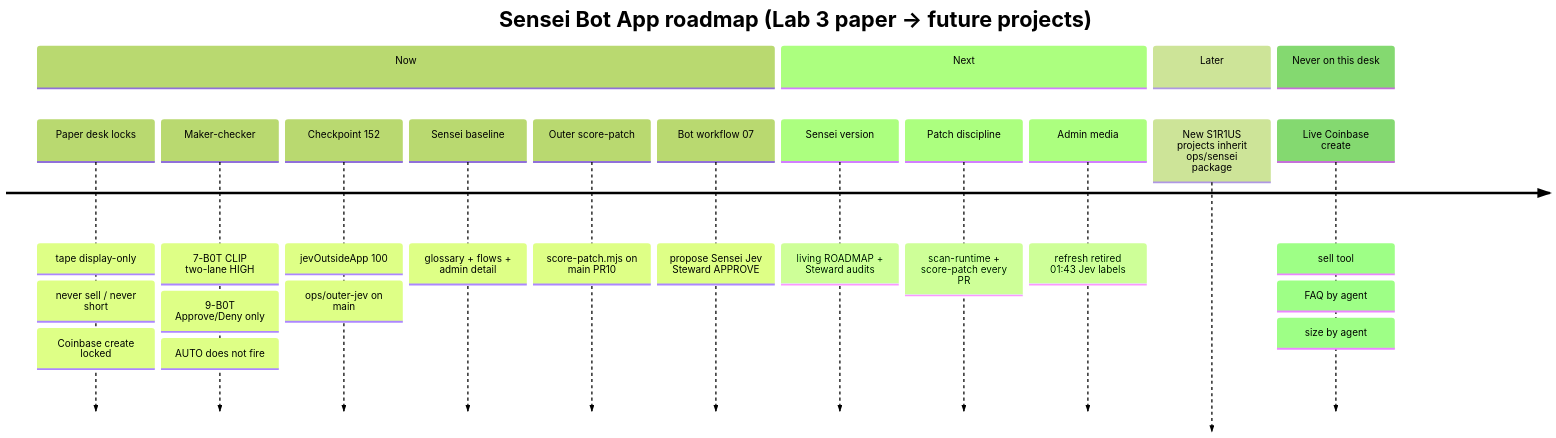
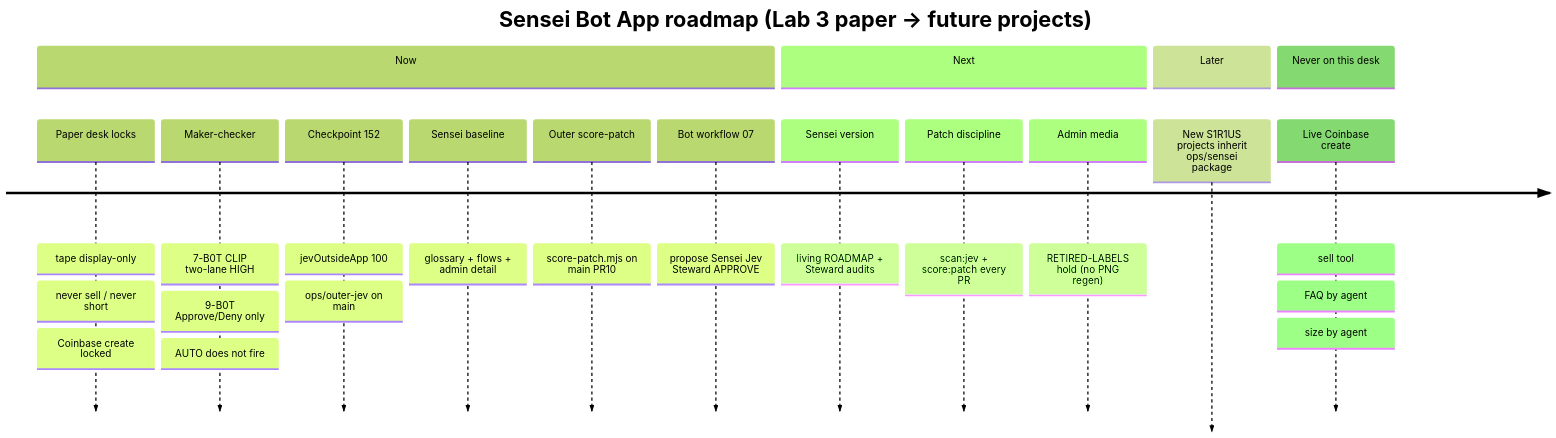
Before and after one commit to S1R1US-AI/lab3-visible-sandbox: the first of 2 diagrams in ops/sensei/ROADMAP.md, drawn with Mermaid (forest theme). The commit also changed other lines of this file and 6 other files, not shown here.

````diff
--- a/ops/sensei/ROADMAP.md
+++ b/ops/sensei/ROADMAP.md
@@ -21,24 +21,24 @@
 ```mermaid
 timeline
     title Sensei Bot App roadmap (Lab 3 paper → future projects)
     section Now
       Paper desk locks : tape display-only
                        : never sell / never short
                        : Coinbase create locked
       Maker-checker    : 7-B0T CLIP two-lane HIGH
                        : 9-B0T Approve/Deny only
                        : AUTO does not fire
       Checkpoint 152   : jevOutsideApp 100
                        : ops/outer-jev on main
       Sensei baseline  : glossary + flows + admin detail
       Outer score-patch : score-patch.mjs on main PR10
       Bot workflow 07  : propose Sensei Jev Steward APPROVE
     section Next
       Sensei version   : living ROADMAP + Steward audits
-      Patch discipline : scan-runtime + score-patch every PR
-      Admin media      : refresh retired 01:43 Jev labels
+      Patch discipline : scan:jev + score:patch every PR
+      Admin media      : RETIRED-LABELS hold (no PNG regen)
     section Later
       New S1R1US projects inherit ops/sensei package
     section Never on this desk
       Live Coinbase create : sell tool : FAQ by agent : size by agent
 ```
````
